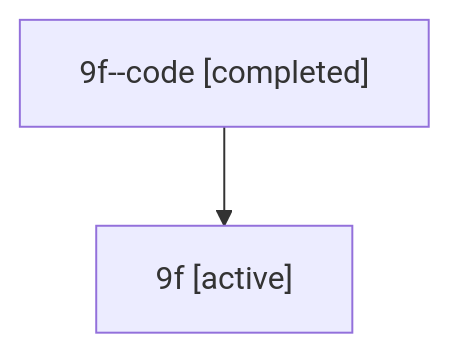
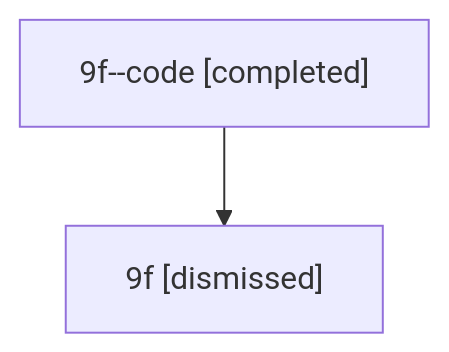
One commit to sase-org/sase--agents changed the diagram in sessions/bbugyi200.athena.9f.md. Above: the diagram before and after it, drawn with Mermaid. The commit also changed other lines of this file and 40 other files, not shown here.

````diff
--- a/sessions/bbugyi200.athena.9f.md
+++ b/sessions/bbugyi200.athena.9f.md
@@ -9,6 +9,6 @@
 ```mermaid
 flowchart TD
   n0["9f--code [completed]"]
-  n1["9f [active]"]
+  n1["9f [dismissed]"]
   n0 --> n1
 ```
````
